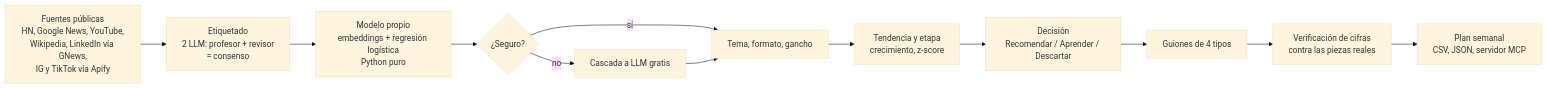
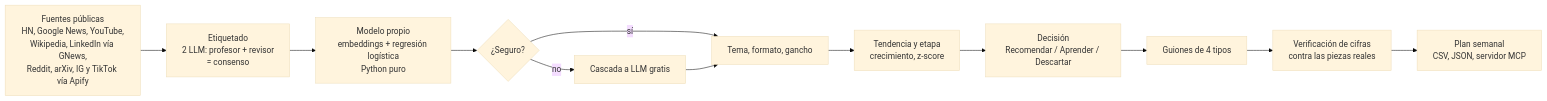
Before and after one commit to P1p2gamer26/radar-30x: the diagram in README.md, drawn with Mermaid (base theme). The commit also changed other lines of this file and 11 other files, not shown here.

Commit message:
Fuentes nuevas: Reddit (RSS) y arXiv (Atom) con fixtures y tests

````diff
--- a/README.md
+++ b/README.md
@@ -34,14 +34,14 @@
 ```mermaid
 flowchart LR
-  A[Fuentes públicas<br/>HN, Google News, YouTube,<br/>Wikipedia, LinkedIn vía GNews,<br/>IG y TikTok vía Apify] --> B[Etiquetado<br/>2 LLM: profesor + revisor<br/>= consenso]
+  A[Fuentes públicas<br/>HN, Google News, YouTube,<br/>Wikipedia, LinkedIn vía GNews,<br/>Reddit, arXiv, IG y TikTok vía Apify] --> B[Etiquetado<br/>2 LLM: profesor + revisor<br/>= consenso]
   B --> C[Modelo propio<br/>embeddings + regresión logística<br/>Python puro]
   C --> D{¿Seguro?}
   D -- sí --> F[Tema, formato, gancho]
   D -- no --> E[Cascada a LLM gratis]
   E --> F
   F --> G[Tendencia y etapa<br/>crecimiento, z-score]
   G --> H[Decisión<br/>Recomendar / Aprender / Descartar]
   H --> I[Guiones de 4 tipos]
   I --> J[Verificación de cifras<br/>contra las piezas reales]
   J --> K[Plan semanal<br/>CSV, JSON, servidor MCP]
 ```
````
